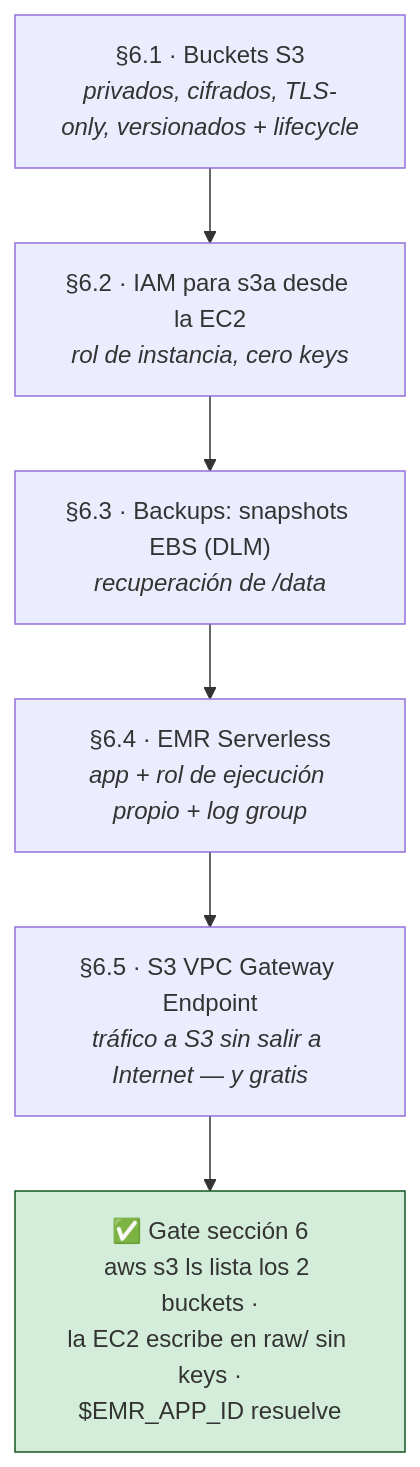
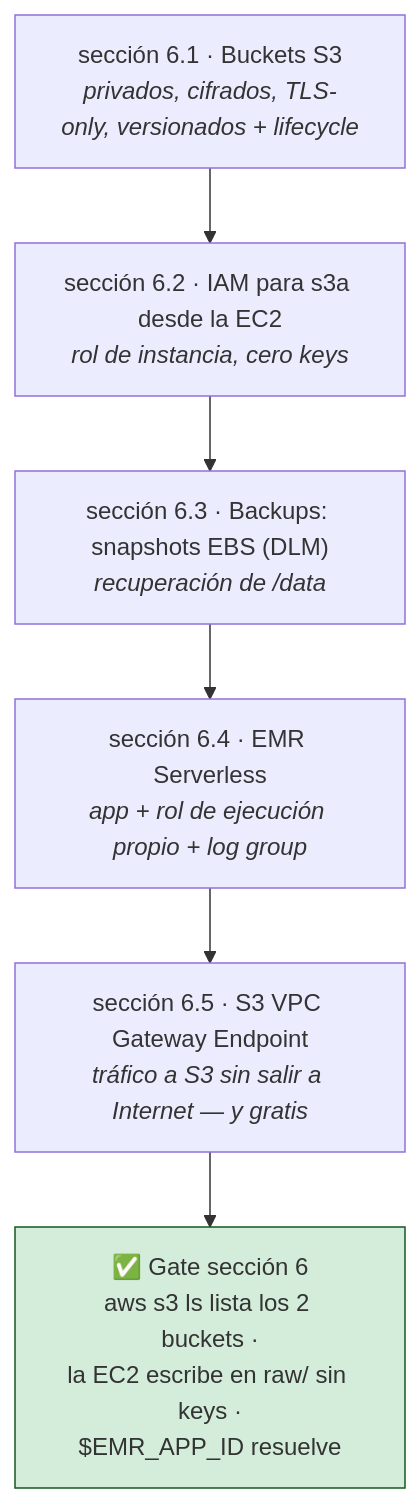
One commit to abantodca/pyspark_stack changed the fourth of 10 diagrams in docs/02-produccion-aws-terraform.md. Above: the diagram before and after it, drawn with Mermaid. The commit also changed other lines of this file and 1 other file, not shown here.

````diff
--- a/docs/02-produccion-aws-terraform.md
+++ b/docs/02-produccion-aws-terraform.md
@@ -3149,13 +3145,13 @@
 ```mermaid
 flowchart TD
-    D1["§6.1 · Buckets S3<br/><i>privados, cifrados, TLS-only, versionados + lifecycle</i>"]
-    D2["§6.2 · IAM para s3a desde la EC2<br/><i>rol de instancia, cero keys</i>"]
-    D3["§6.3 · Backups: snapshots EBS (DLM)<br/><i>recuperación de /data</i>"]
-    D4["§6.4 · EMR Serverless<br/><i>app + rol de ejecución propio + log group</i>"]
-    D5["§6.5 · S3 VPC Gateway Endpoint<br/><i>tráfico a S3 sin salir a Internet — y gratis</i>"]
+    D1["sección 6.1 · Buckets S3<br/><i>privados, cifrados, TLS-only, versionados + lifecycle</i>"]
+    D2["sección 6.2 · IAM para s3a desde la EC2<br/><i>rol de instancia, cero keys</i>"]
+    D3["sección 6.3 · Backups: snapshots EBS (DLM)<br/><i>recuperación de /data</i>"]
+    D4["sección 6.4 · EMR Serverless<br/><i>app + rol de ejecución propio + log group</i>"]
+    D5["sección 6.5 · S3 VPC Gateway Endpoint<br/><i>tráfico a S3 sin salir a Internet — y gratis</i>"]
     GATE["✅ Gate sección 6<br/>aws s3 ls lista los 2 buckets ·<br/>la EC2 escribe en raw/ sin keys ·<br/>$EMR_APP_ID resuelve"]
 
     D1 --> D2 --> D3 --> D4 --> D5 --> GATE
 
     style GATE fill:#d4edda,stroke:#155724
 ```
````
